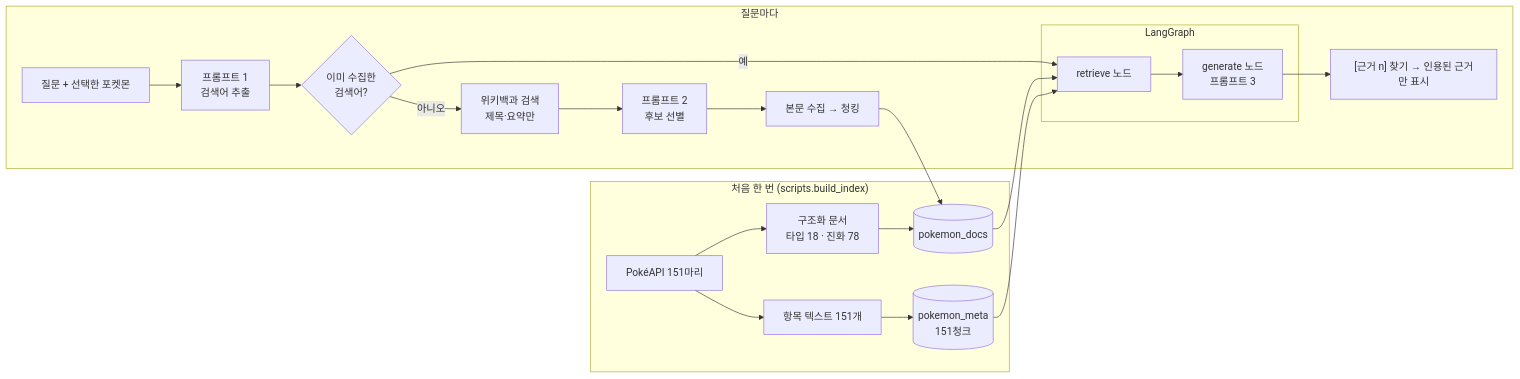
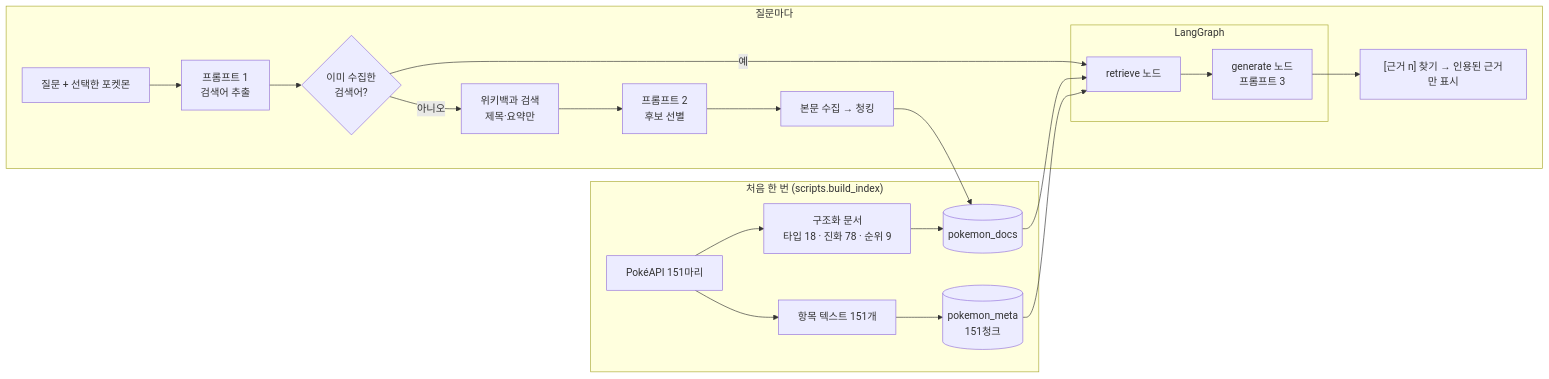
Before and after one commit to dldudwnsdlek/Pokemon: the diagram in docs/rag_design.md, drawn with Mermaid. The commit also changed other lines of this file and 7 other files, not shown here.

````diff
--- a/docs/rag_design.md
+++ b/docs/rag_design.md
@@ -5,24 +5,24 @@
 ```mermaid
 flowchart LR
   subgraph 준비["처음 한 번 (scripts.build_index)"]
     A[PokéAPI 151마리] --> B[항목 텍스트 151개]
     B --> M[(pokemon_meta<br/>151청크)]
-    A --> S[구조화 문서<br/>타입 18 · 진화 78]
+    A --> S[구조화 문서<br/>타입 18 · 진화 78 · 순위 9]
     S --> D[(pokemon_docs)]
   end
   subgraph 질문마다["질문마다"]
     Q[질문 + 선택한 포켓몬] --> P1[프롬프트 1<br/>검색어 추출]
     P1 --> C{이미 수집한<br/>검색어?}
     C -- 예 --> R
     C -- 아니오 --> W[위키백과 검색<br/>제목·요약만]
     W --> P2[프롬프트 2<br/>후보 선별]
     P2 --> F[본문 수집 → 청킹]
     F --> D
     D --> R
     subgraph LangGraph
       R[retrieve 노드] --> G[generate 노드<br/>프롬프트 3]
     end
     G --> X["[근거 n] 찾기 → 인용된 근거만 표시"]
   end
   M --> R
 ```
````
